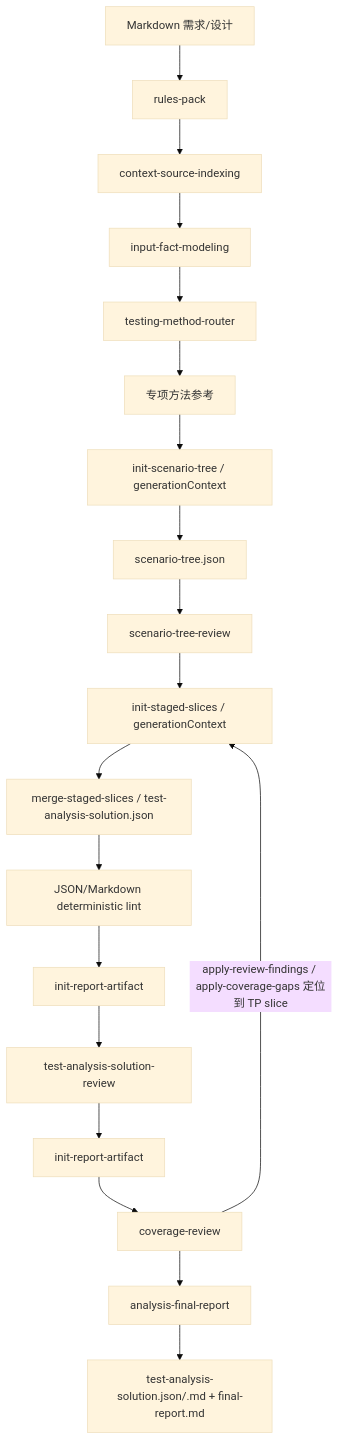
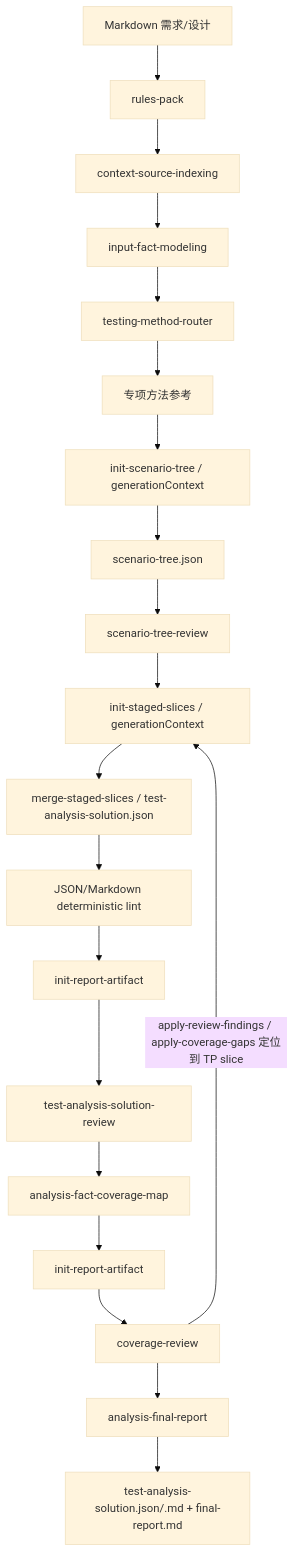
Before and after one commit to szluoqy-byte/Test-Analysis-Agent-MM: the diagram in docs/test-analysis-agent-design.md, drawn with Mermaid (base theme). The commit also changed other lines of this file and 41 other files, not shown here.

First line of the commit message:
feat: add fact coverage map gate

````diff
--- a/docs/test-analysis-agent-design.md
+++ b/docs/test-analysis-agent-design.md
@@ -20,21 +20,22 @@
 ```mermaid
 flowchart TD
   input["Markdown 需求/设计"] --> rules["rules-pack"]
   rules --> context["context-source-indexing"]
   context --> facts["input-fact-modeling"]
   facts --> router["testing-method-router"]
   router --> methods["专项方法参考"]
   methods --> scenarioInit["init-scenario-tree / generationContext"]
   scenarioInit --> scenario["scenario-tree.json"]
   scenario --> scenarioReview["scenario-tree-review"]
   scenarioReview --> slices["init-staged-slices / generationContext"]
   slices --> generation["merge-staged-slices / test-analysis-solution.json"]
   generation --> lint["JSON/Markdown deterministic lint"]
   lint --> reviewInit["init-report-artifact"]
   reviewInit --> review["test-analysis-solution-review"]
-  review --> coverageInit["init-report-artifact"]
+  review --> coverageMap["analysis-fact-coverage-map"]
+  coverageMap --> coverageInit["init-report-artifact"]
   coverageInit --> coverage["coverage-review"]
   coverage -->|apply-review-findings / apply-coverage-gaps 定位到 TP slice| slices
   coverage --> finalReport["analysis-final-report"]
   finalReport --> output["test-analysis-solution.json/.md + final-report.md"]
 ```
````
